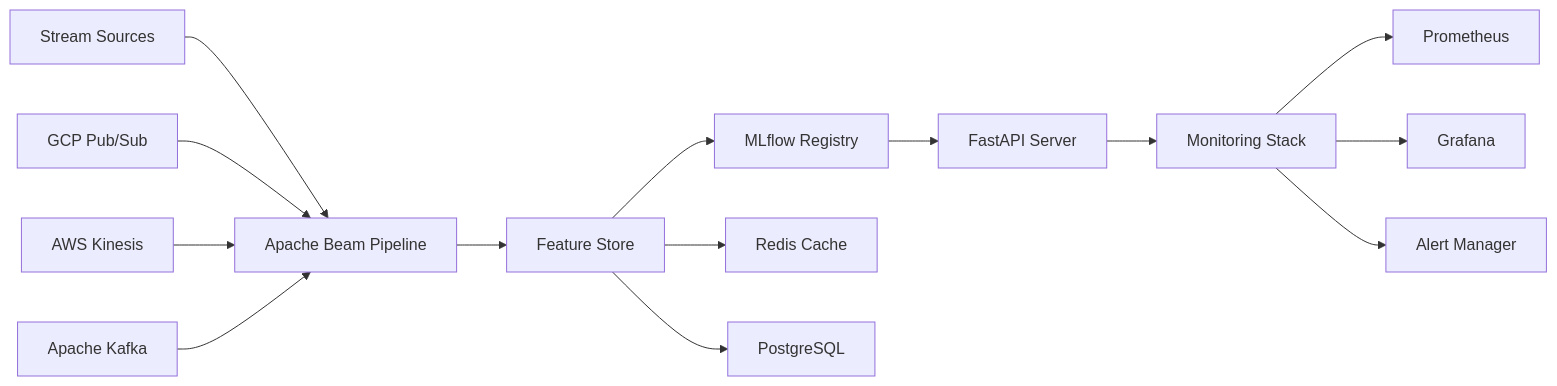
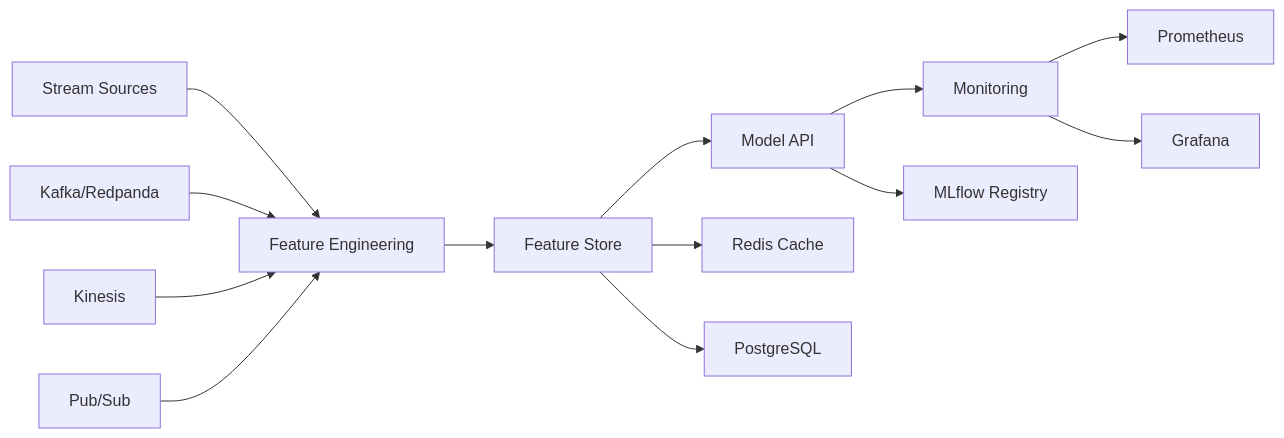
One commit to ItaloPinheiro/rt-ml-multicloud-platform changed the diagram in README.md. Above: the diagram before and after it, drawn with Mermaid. The commit also changed other lines of this file and 6 other files, not shown here.

````diff
--- a/README.md
+++ b/README.md
@@ -7,19 +7,19 @@
 ```mermaid
 graph LR
-    A[Stream Sources] --> B[Apache Beam Pipeline]
+    A[Stream Sources] --> B[Feature Engineering]
     B --> C[Feature Store]
-    C --> D[MLflow Registry]
-    D --> E[FastAPI Server]
-    E --> F[Monitoring Stack]
+    C --> D[Model API]
+    D --> E[Monitoring]
 
-    A1[GCP Pub/Sub] --> B
-    A2[AWS Kinesis] --> B
-    A3[Apache Kafka] --> B
+    A1[Kafka/Redpanda] --> B
+    A2[Kinesis] --> B
+    A3[Pub/Sub] --> B
 
     C --> C1[Redis Cache]
     C --> C2[PostgreSQL]
 
-    F --> F1[Prometheus]
-    F --> F2[Grafana]
-    F --> F3[Alert Manager]
+    D --> D1[MLflow Registry]
+
+    E --> E1[Prometheus]
+    E --> E2[Grafana]
 ```
````
